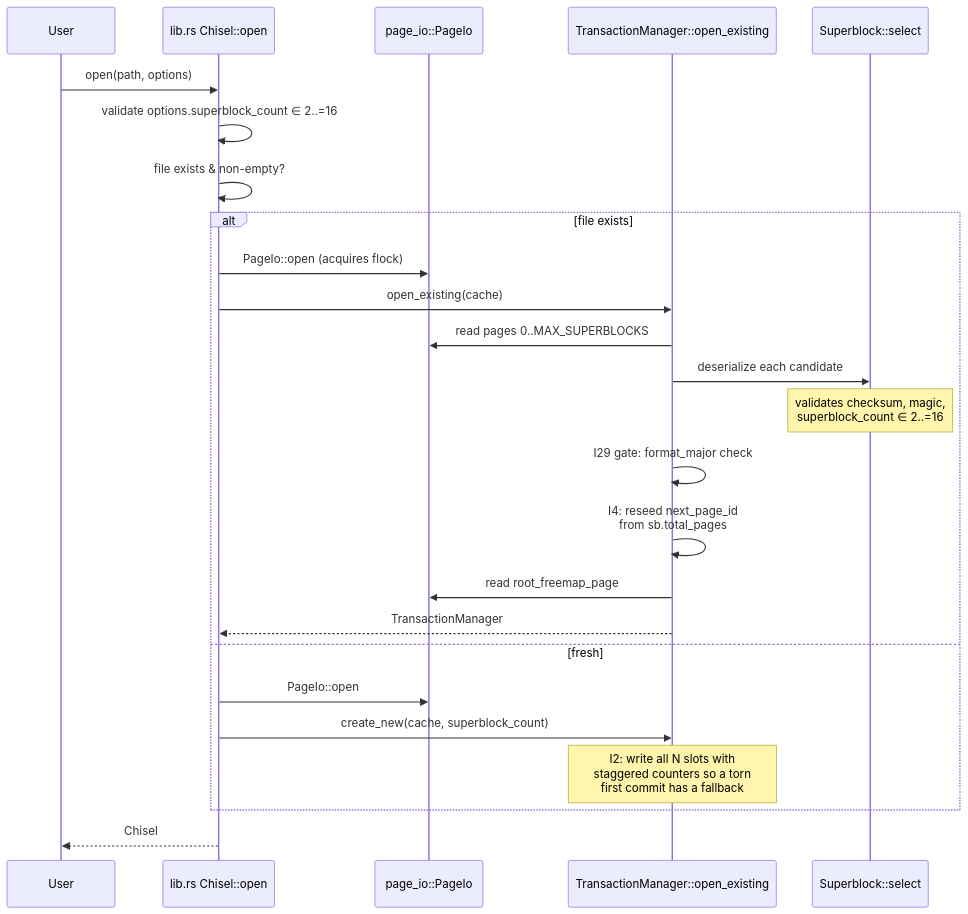
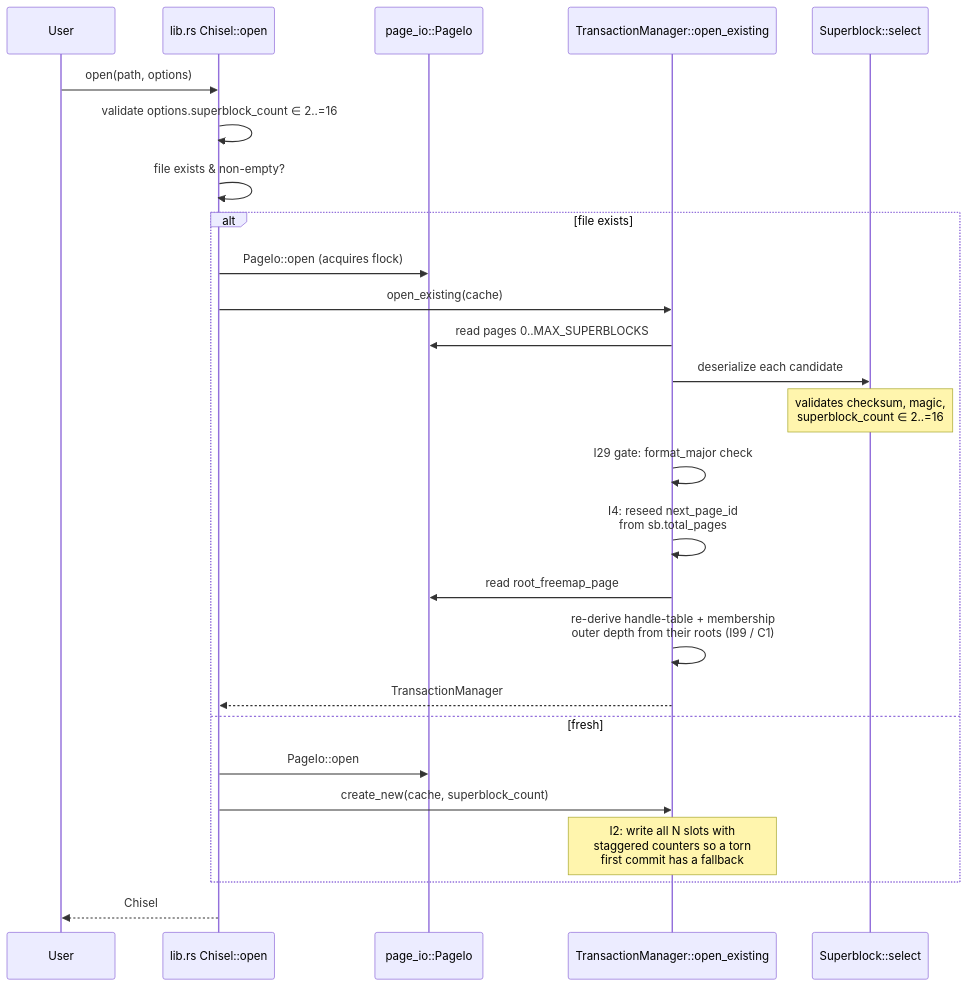
One commit to pgexperts/chisel changed the third of 4 diagrams in ARCHITECTURE.md. Above: the diagram before and after it, drawn with Mermaid. The commit also changed other lines of this file and 2 other files, not shown here.

First line of the commit message:
docs: reflect chunk-tags API in README, python/README, ARCHITECTURE

````diff
--- a/ARCHITECTURE.md
+++ b/ARCHITECTURE.md
@@ -166,28 +171,29 @@
 ```mermaid
 sequenceDiagram
     participant U as User
     participant L as lib.rs Chisel::open
     participant IO as page_io::PageIo
     participant TM as TransactionManager::open_existing
     participant SB as Superblock::select
 
     U->>L: open(path, options)
     L->>L: validate options.superblock_count ∈ 2..=16
     L->>L: file exists & non-empty?
     alt file exists
         L->>IO: PageIo::open (acquires flock)
         L->>TM: open_existing(cache)
         TM->>IO: read pages 0..MAX_SUPERBLOCKS
         TM->>SB: deserialize each candidate
         Note over SB: validates checksum, magic,<br/>superblock_count ∈ 2..=16
         TM->>TM: I29 gate: format_major check
         TM->>TM: I4: reseed next_page_id<br/>from sb.total_pages
         TM->>IO: read root_freemap_page
+        TM->>TM: re-derive handle-table + membership<br/>outer depth from their roots (I99 / C1)
         TM-->>L: TransactionManager
     else fresh
         L->>IO: PageIo::open
         L->>TM: create_new(cache, superblock_count)
         Note over TM: I2: write all N slots with<br/>staggered counters so a torn<br/>first commit has a fallback
     end
     L-->>U: Chisel
 ```
````
